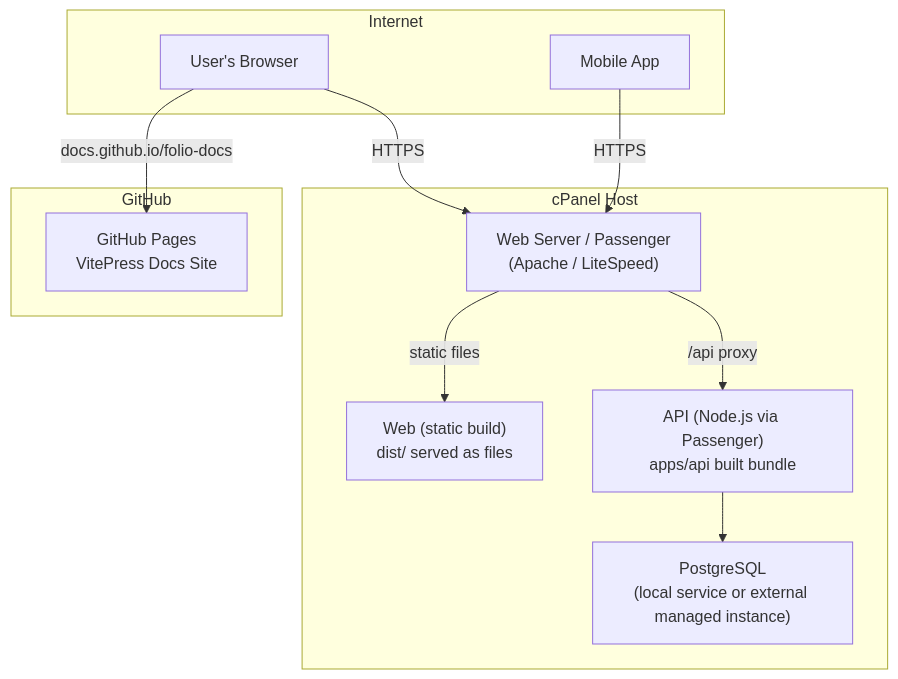
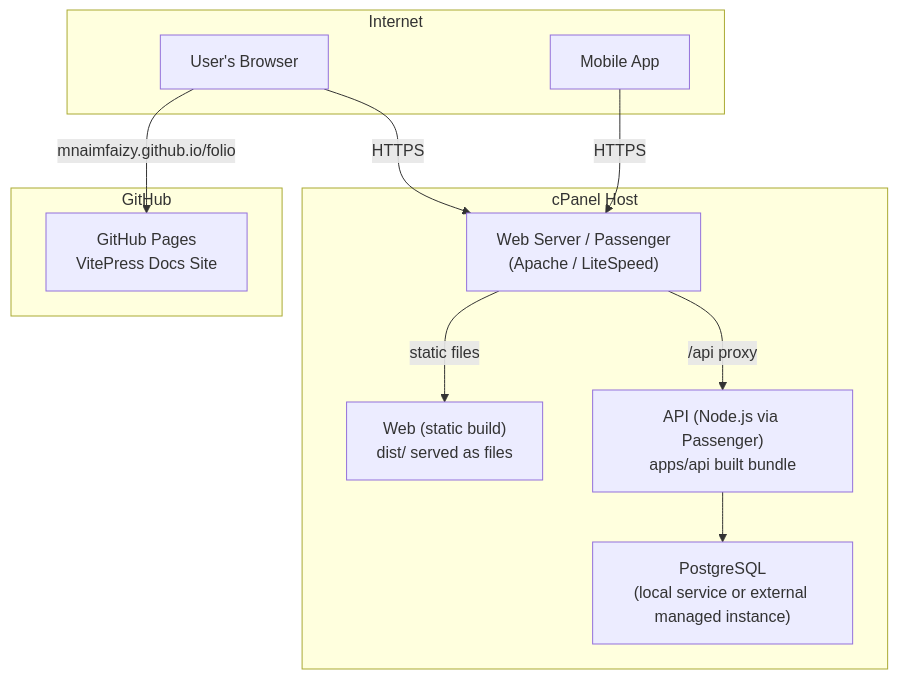
Before and after one commit to mnaimfaizy/folio: the eighth of 8 diagrams in docs-site/dev/architecture.md, drawn with Mermaid. The commit also changed 3 other files, not shown here.

````diff
--- a/docs-site/dev/architecture.md
+++ b/docs-site/dev/architecture.md
@@ -303,26 +303,26 @@
 ```mermaid
 graph TD
   subgraph Internet
     BROWSER["User's Browser"]
     MOBILEAPP["Mobile App"]
   end
 
   subgraph cPanel["cPanel Host"]
     NGINX["Web Server / Passenger<br/>(Apache / LiteSpeed)"]
     WEB_STATIC["Web (static build)<br/>dist/ served as files"]
     API_NODE["API (Node.js via Passenger)<br/>apps/api built bundle"]
     PG["PostgreSQL<br/>(local service or external managed instance)"]
   end
 
   subgraph GH["GitHub"]
     GH_PAGES["GitHub Pages<br/>VitePress Docs Site"]
   end
 
   BROWSER -->|HTTPS| NGINX
   MOBILEAPP -->|HTTPS| NGINX
   NGINX -->|static files| WEB_STATIC
   NGINX -->|/api proxy| API_NODE
   API_NODE --> PG
 
-  BROWSER -->|docs.github.io/folio-docs| GH_PAGES
+  BROWSER -->|mnaimfaizy.github.io/folio| GH_PAGES
 ```
````
